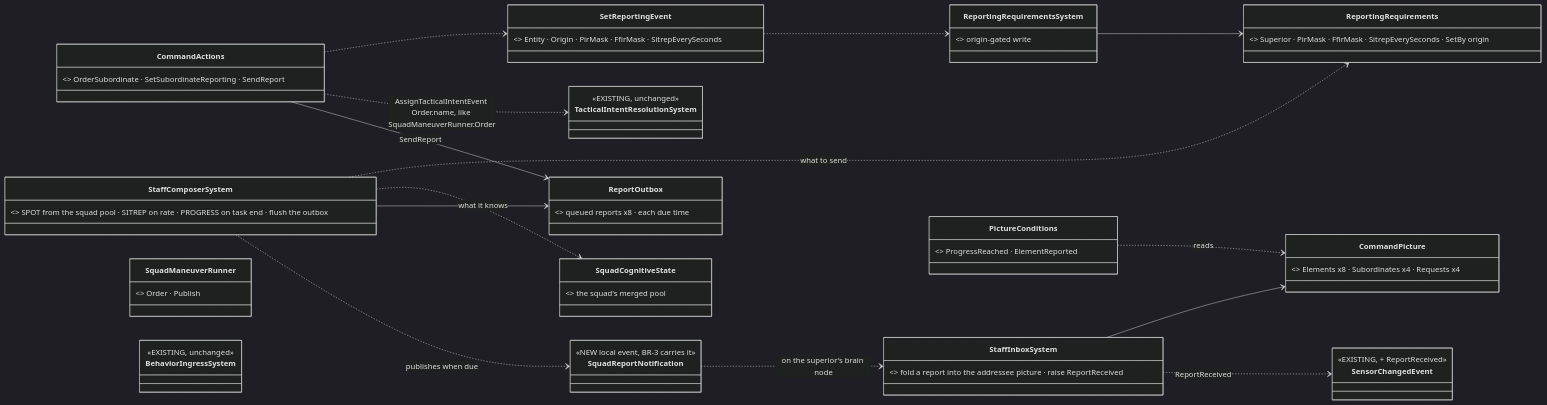
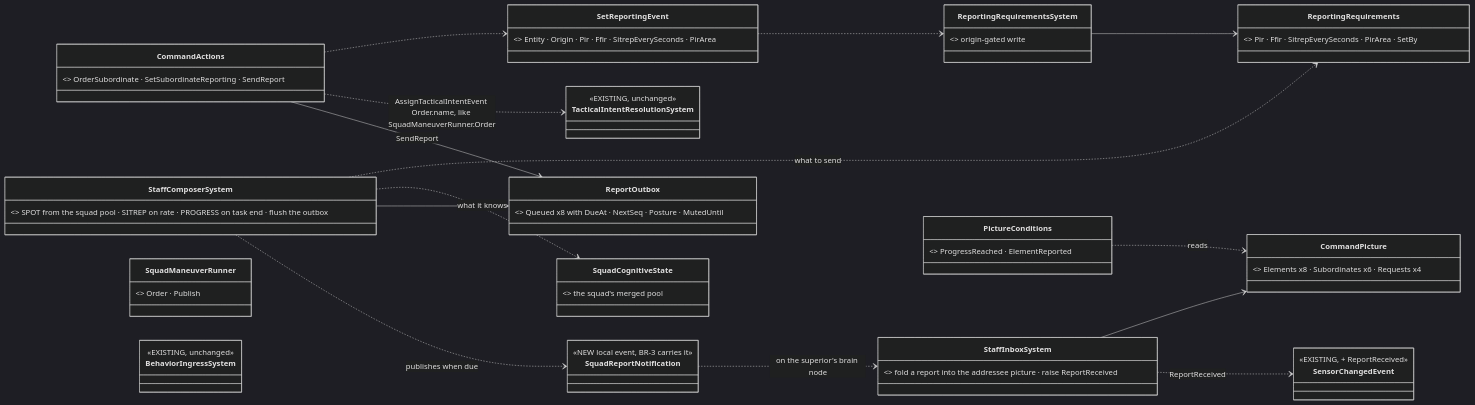
One commit to pjanec/HROT changed the first of 4 diagrams in docs/designs/group-maneuvers/DESIGN_Command_Chain_Example.md. Above: the diagram before and after it, drawn with Mermaid (dark theme). The commit also changed other lines of this file and 12 other files, not shown here.

First line of the commit message:
CE-2291 CC-A: a commander's three components and the requirements event

````diff
--- a/docs/designs/group-maneuvers/DESIGN_Command_Chain_Example.md
+++ b/docs/designs/group-maneuvers/DESIGN_Command_Chain_Example.md
@@ -79,32 +79,32 @@
 ```mermaid
 classDiagram
   direction LR
-  class CommandPicture { <<NEW component, on a commander>> Elements x8 · Subordinates x4 · Requests x4 }
-  class ReportingRequirements { <<NEW component, on a subordinate commander>> Superior · PirMask · FfirMask · SitrepEverySeconds · SetBy origin }
-  class ReportOutbox { <<NEW component, on a commander>> queued reports x8 · each due time }
-  class SetReportingEvent { <<NEW event, the SetRoeEvent twin>> Entity · Origin · PirMask · FfirMask · SitrepEverySeconds }
-  class ReportingRequirementsSystem { <<NEW, the RoeSystem twin>> origin-gated write }
+  class CommandPicture { <<BUILT CC-A, on a commander>> Elements x8 · Subordinates x6 · Requests x4 }
+  class ReportingRequirements { <<BUILT CC-A, on a subordinate commander>> Pir · Ffir · SitrepEverySeconds · PirArea · SetBy }
+  class ReportOutbox { <<BUILT CC-A, on a commander>> Queued x8 with DueAt · NextSeq · Posture · MutedUntil }
+  class SetReportingEvent { <<BUILT CC-A, the SetRoeEvent twin>> Entity · Origin · Pir · Ffir · SitrepEverySeconds · PirArea }
+  class ReportingRequirementsSystem { <<BUILT CC-A, the RoeSystem twin>> origin-gated write }
   class StaffComposerSystem { <<NEW>> SPOT from the squad pool · SITREP on rate · PROGRESS on task end · flush the outbox }
   class StaffInboxSystem { <<NEW>> fold a report into the addressee picture · raise ReportReceived }
   class SquadReportNotification { <<NEW local event, BR-3 carries it>> }
   class PictureConditions { <<NEW SharedAiCondition>> ProgressReached · ElementReported }
   class CommandActions { <<NEW SharedAiAction>> OrderSubordinate · SetSubordinateReporting · SendReport }
   class SquadCognitiveState { <<EXISTING component>> the squad's merged pool }
   class SquadManeuverRunner { <<EXISTING>> Order · Publish }
   class BehaviorIngressSystem { <<EXISTING, unchanged>> }
   class TacticalIntentResolutionSystem { <<EXISTING, unchanged>> }
   class SensorChangedEvent { <<EXISTING, + ReportReceived>> }
   SetReportingEvent ..> ReportingRequirementsSystem
   ReportingRequirementsSystem --> ReportingRequirements
   StaffComposerSystem ..> ReportingRequirements : what to send
   StaffComposerSystem ..> SquadCognitiveState : what it knows
   StaffComposerSystem --> ReportOutbox
   StaffComposerSystem ..> SquadReportNotification : publishes when due
   SquadReportNotification ..> StaffInboxSystem : on the superior's brain node
   StaffInboxSystem --> CommandPicture
   StaffInboxSystem ..> SensorChangedEvent : ReportReceived
   PictureConditions ..> CommandPicture : reads
   CommandActions ..> SetReportingEvent
   CommandActions ..> TacticalIntentResolutionSystem : AssignTacticalIntentEvent Order.name, like SquadManeuverRunner.Order
   CommandActions --> ReportOutbox : SendReport
 ```
````
